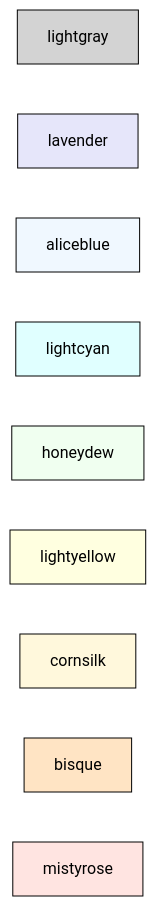
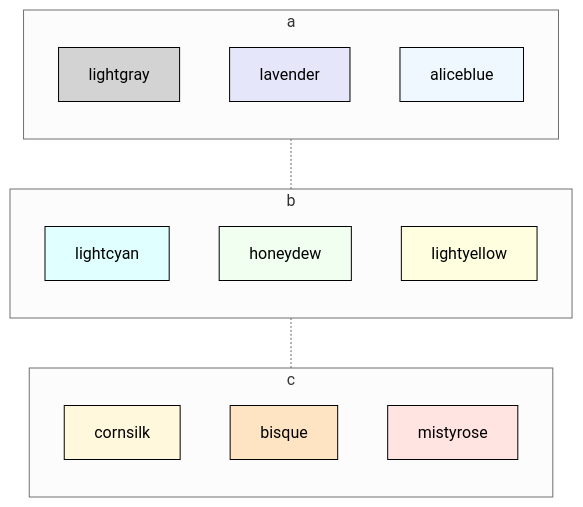
One commit to Ee-Cs/Ee-Cs.github.io changed the first of 2 diagrams in files/fill-and-stroke-colors.md. Above: the diagram before and after it, drawn with Mermaid (neutral theme).

````diff
--- a/files/fill-and-stroke-colors.md
+++ b/files/fill-and-stroke-colors.md
@@ -3,22 +3,32 @@
 ```mermaid
-graph LR
+flowchart TB
+subgraph a
+    direction TB
     lightgray:::lightgray
     lavender:::lavender
     aliceblue:::aliceblue
+end
+subgraph b
+    direction TB
     lightcyan:::lightcyan
     honeydew:::honeydew
     lightyellow:::lightyellow
+end
+subgraph c
+    direction TB
     cornsilk:::cornsilk
     bisque:::bisque
     mistyrose:::mistyrose
+end
+a -.- b -.- c
 %% Styles
     classDef aliceblue fill:aliceblue,stroke:black,stroke-width:1px
     classDef bisque fill:bisque,stroke:black,stroke-width:1px
     classDef cornsilk fill:cornsilk,stroke:black,stroke-width:1px
     classDef honeydew fill:honeydew,stroke:black,stroke-width:1px
     classDef lavender fill:lavender,stroke:black,stroke-width:1px
     classDef lightcyan fill:lightcyan,stroke:black,stroke-width:1px
     classDef lightgray fill:lightgray,stroke:black,stroke-width:1px
     classDef lightyellow fill:lightyellow,stroke:black,stroke-width:1px
     classDef mistyrose fill:mistyrose,stroke:black,stroke-width:1px
 ```
````
